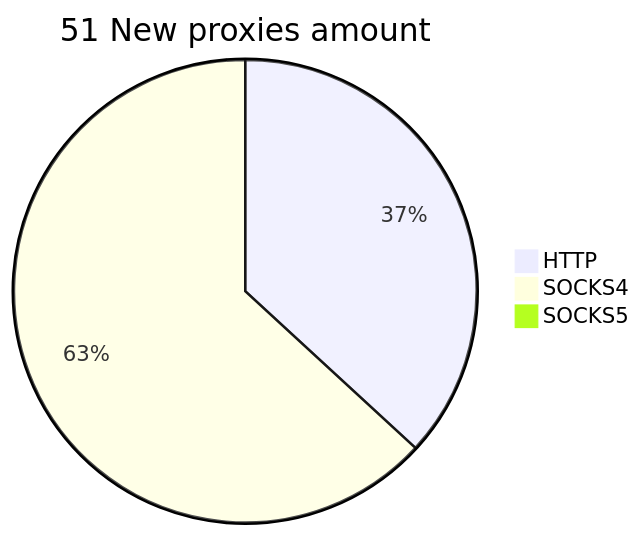
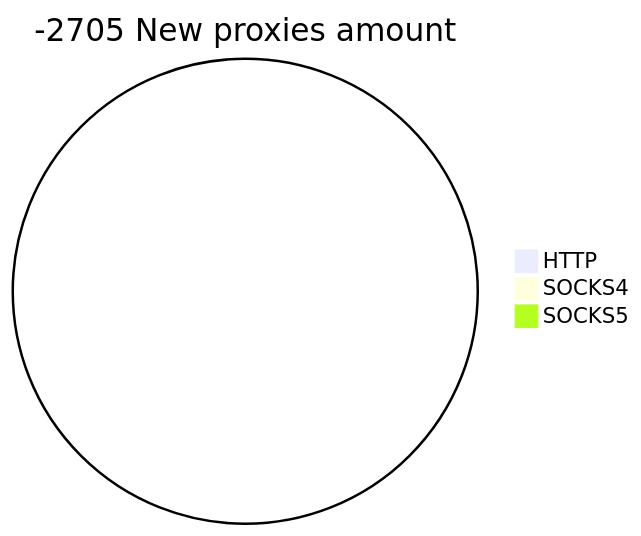
One commit to cutipu/proxylist changed the second of 2 diagrams in README.md. Above: the diagram before and after it, drawn with Mermaid. The commit also changed other lines of this file, not shown here.

````diff
--- a/README.md
+++ b/README.md
@@ -10,6 +10,6 @@
 ```mermaid
-pie title 51 New proxies amount
-    "HTTP" : 21
-    "SOCKS4" : 36
+pie title -2705 New proxies amount
+    "HTTP" : 0
+    "SOCKS4" : 0
     "SOCKS5" : 0
 ```
````
